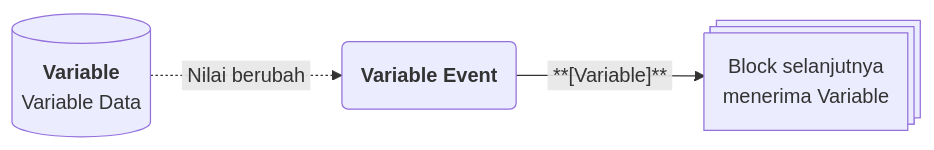
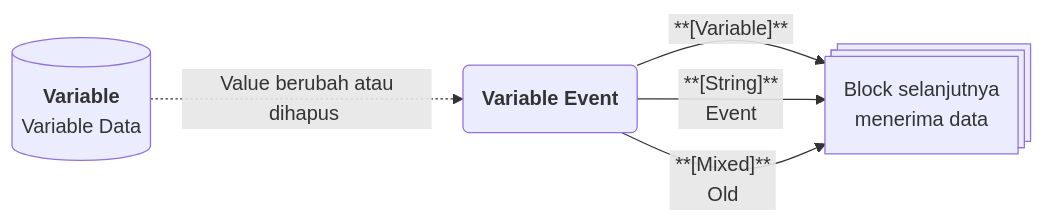
Before and after one commit to ginalne/phoenix-docs: the diagram in Docs/Modul Logic/Flow/Flow Block/Event/Variable Event.md, drawn with Mermaid. The commit also changed other lines of this file and 18 other files, not shown here.

````diff
--- a/Docs/Modul Logic/Flow/Flow Block/Event/Variable Event.md
+++ b/Docs/Modul Logic/Flow/Flow Block/Event/Variable Event.md
@@ -27,5 +29,7 @@
 ```mermaid
 flowchart LR
-    A@{ shape: database, label: "**Variable**<br/>Variable Data" } -.->|&nbsp;Nilai berubah&nbsp;| B@{ shape: rounded, label: "**Variable Event**" }
-    B -->|"&nbsp;**[Variable]**&nbsp;"| C@{ shape: processes, label: "Block selanjutnya<br/>menerima Variable" }
+    A@{ shape: database, label: "**Variable**<br/>Variable Data" } -.->|&nbsp;Value berubah atau dihapus&nbsp;| B@{ shape: rounded, label: "**Variable Event**" }
+    B -->|"&nbsp;**[Variable]**&nbsp;"| C@{ shape: processes, label: "Block selanjutnya<br/>menerima data" }
+    B -->|"&nbsp;**[String]**&nbsp;<br>Event"| C
+    B -->|"&nbsp;**[Mixed]**&nbsp;<br>Old"| C
 ```
````
